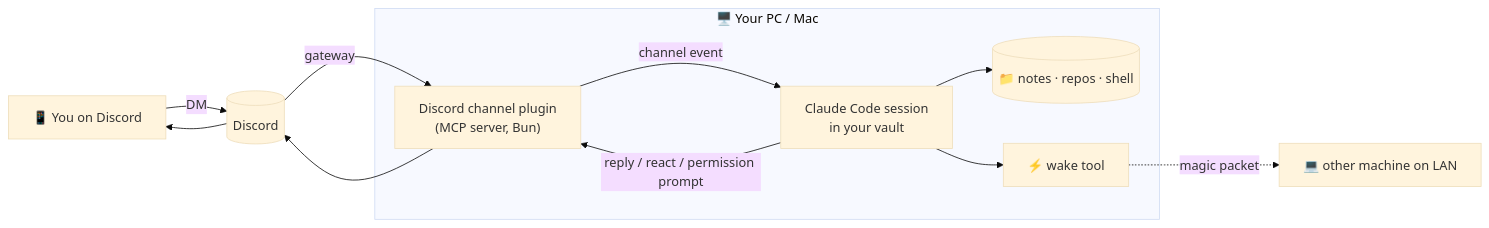
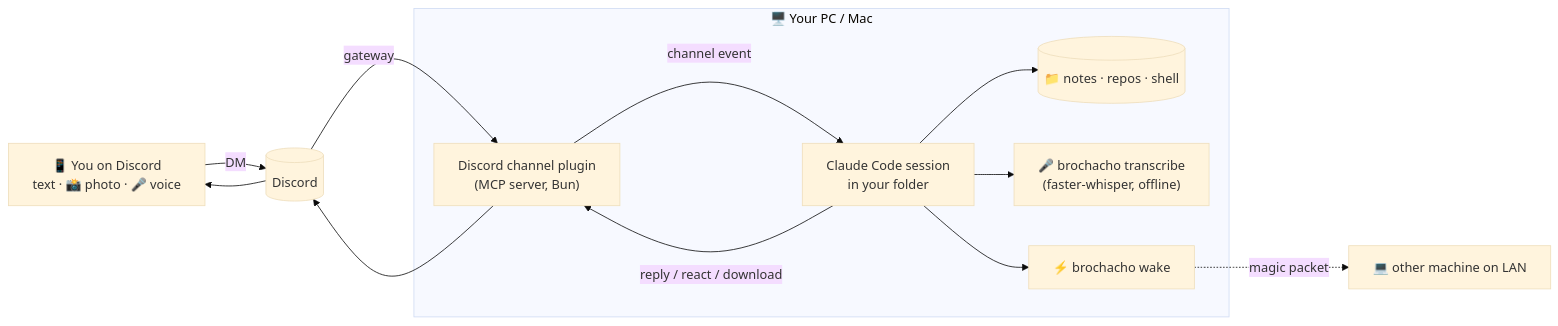
The diagram in README.md (Afaguayo/brochacho), drawn with Mermaid (base theme) before and after one commit. The commit also changed other lines of this file and 16 other files, not shown here.

First line of the commit message:
Brochacho 2.0: one program (.exe / Mac binary), setup wizard, voice + photos, hands-free mode

````diff
--- a/README.md
+++ b/README.md
@@ -35,13 +195,14 @@
 ```mermaid
 flowchart LR
-    phone["📱 You on Discord"] -- DM --> discord[(Discord)]
+    phone["📱 You on Discord<br/>text · 📸 photo · 🎤 voice"] -- DM --> discord[(Discord)]
     discord -- gateway --> plugin["Discord channel plugin<br/>(MCP server, Bun)"]
     subgraph pc["🖥️ Your PC / Mac"]
-        plugin -- "channel event" --> claude["Claude Code session<br/>in your vault"]
-        claude -- "reply / react / permission prompt" --> plugin
+        plugin -- "channel event" --> claude["Claude Code session<br/>in your folder"]
+        claude -- "reply / react / download" --> plugin
         claude --> files[("📁 notes · repos · shell")]
-        claude --> wake["⚡ wake tool"]
+        claude --> stt["🎤 brochacho transcribe<br/>(faster-whisper, offline)"]
+        claude --> wake["⚡ brochacho wake"]
     end
     plugin --> discord --> phone
     wake -. magic packet .-> other["💻 other machine on LAN"]
 ```
````
